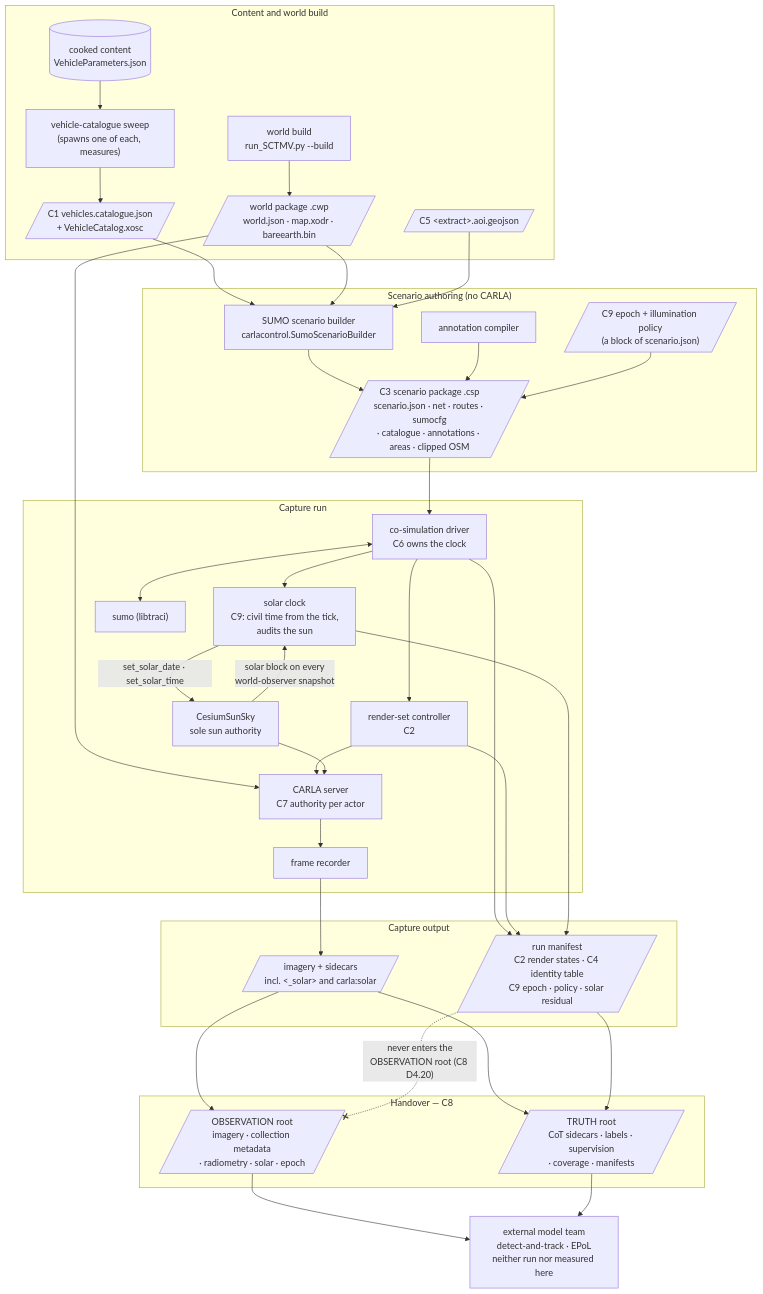
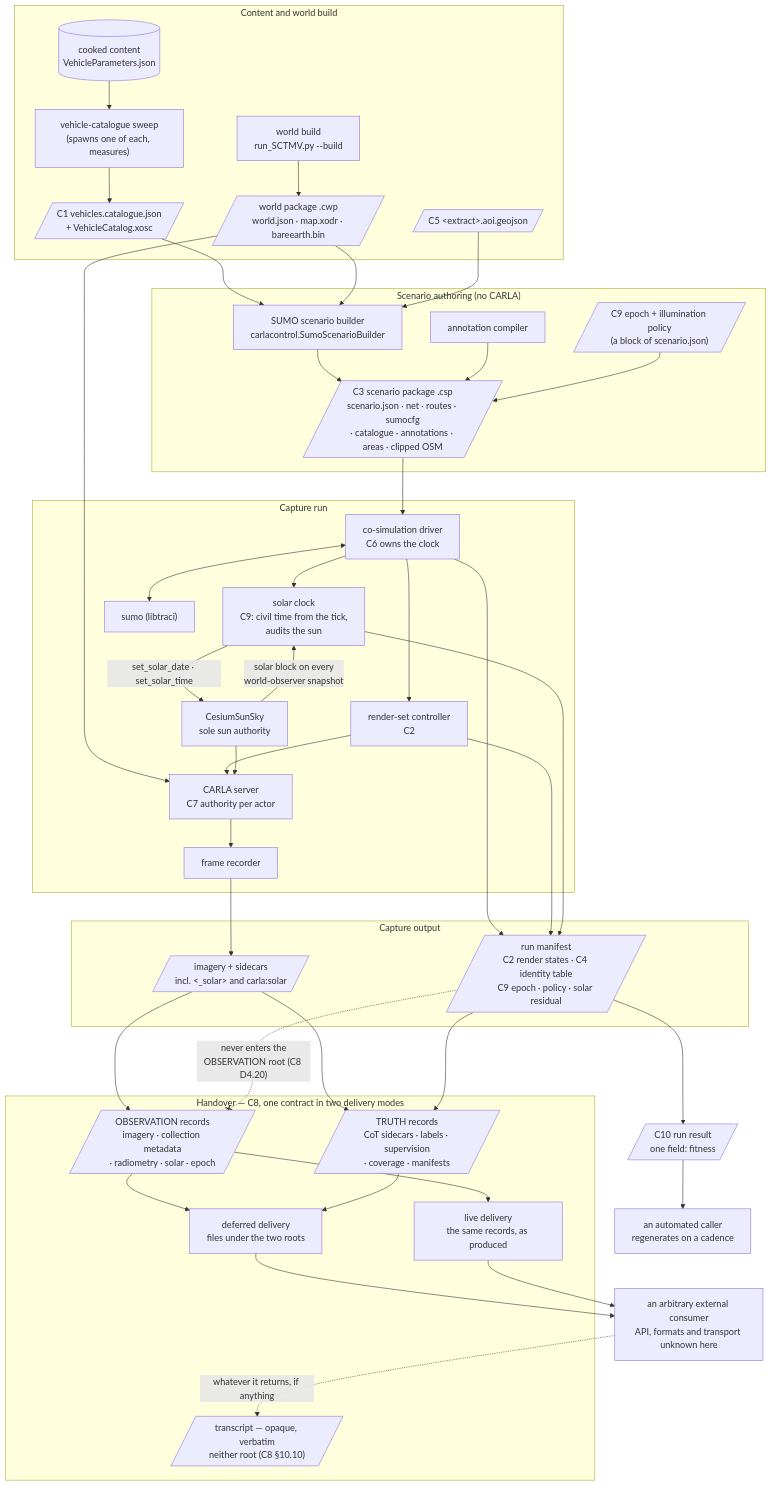
Before and after one commit to sbrett9/carla: the first of 7 diagrams in Docs/CAT_Research/Plans/SUMO_Behavioral_Capture/04_Contracts.md, drawn with Mermaid. The commit also changed other lines of this file and 5 other files, not shown here.

````diff
--- a/Docs/CAT_Research/Plans/SUMO_Behavioral_Capture/04_Contracts.md
+++ b/Docs/CAT_Research/Plans/SUMO_Behavioral_Capture/04_Contracts.md
@@ -138,68 +169,79 @@
 ```mermaid
 flowchart TB
   subgraph build["Content and world build"]
     CONTENT[("cooked content<br/>VehicleParameters.json")]
     SWEEP["vehicle-catalogue sweep<br/>(spawns one of each, measures)"]
     CAT[/"C1 vehicles.catalogue.json<br/>+ VehicleCatalog.xosc"/]
     WORLDGEN["world build<br/>run_SCTMV.py --build"]
     CWP[/"world package .cwp<br/>world.json · map.xodr · bareearth.bin"/]
     AOI[/"C5 &lt;extract&gt;.aoi.geojson"/]
   end
 
   subgraph author["Scenario authoring (no CARLA)"]
     BUILDER["SUMO scenario builder<br/>carlacontrol.SumoScenarioBuilder"]
     ANNOT["annotation compiler"]
     EPOCH[/"C9 epoch + illumination policy<br/>(a block of scenario.json)"/]
     CSP[/"C3 scenario package .csp<br/>scenario.json · net · routes · sumocfg<br/>· catalogue · annotations · areas · clipped OSM"/]
   end
 
   subgraph run["Capture run"]
     DRIVER["co-simulation driver<br/>C6 owns the clock"]
     CLOCK["solar clock<br/>C9: civil time from the tick,<br/>audits the sun"]
     SUMO["sumo (libtraci)"]
     RSC["render-set controller<br/>C2"]
     SERVER["CARLA server<br/>C7 authority per actor"]
     SUN["CesiumSunSky<br/>sole sun authority"]
     REC["frame recorder"]
   end
 
   subgraph out["Capture output"]
     IMG[/"imagery + sidecars<br/>incl. &lt;_solar&gt; and carla:solar"/]
     MAN[/"run manifest<br/>C2 render states · C4 identity table<br/>C9 epoch · policy · solar residual"/]
   end
 
-  subgraph handover["Handover — C8"]
-    OBSR[/"OBSERVATION root<br/>imagery · collection metadata<br/>· radiometry · solar · epoch"/]
-    TRUR[/"TRUTH root<br/>CoT sidecars · labels · supervision<br/>· coverage · manifests"/]
+  subgraph handover["Handover — C8, one contract in two delivery modes"]
+    OBSR[/"OBSERVATION records<br/>imagery · collection metadata<br/>· radiometry · solar · epoch"/]
+    TRUR[/"TRUTH records<br/>CoT sidecars · labels · supervision<br/>· coverage · manifests"/]
+    DEFD["deferred delivery<br/>files under the two roots"]
+    LIVED["live delivery<br/>the same records, as produced"]
+    TRX[/"transcript — opaque, verbatim<br/>neither root (C8 §10.10)"/]
   end
-  EXT["external model team<br/>detect-and-track · EPoL<br/>neither run nor measured here"]
+  RES[/"C10 run result<br/>one field: fitness"/]
+  EXT["an arbitrary external consumer<br/>API, formats and transport unknown here"]
+  AUTO["an automated caller<br/>regenerates on a cadence"]
 
   CONTENT --> SWEEP --> CAT
   WORLDGEN --> CWP
   CAT --> BUILDER
   CWP --> BUILDER
   AOI --> BUILDER
   BUILDER --> CSP
   ANNOT --> CSP
   EPOCH --> CSP
   CSP --> DRIVER
   CWP --> SERVER
   DRIVER <--> SUMO
   DRIVER --> RSC
   DRIVER --> CLOCK
   CLOCK -->|"set_solar_date · set_solar_time"| SUN
   SUN -->|"solar block on every<br/>world-observer snapshot"| CLOCK
   RSC --> SERVER
   SUN --> SERVER
   SERVER --> REC
   REC --> IMG
   DRIVER --> MAN
   RSC --> MAN
   CLOCK --> MAN
   IMG --> OBSR
   IMG --> TRUR
   MAN --> TRUR
-  OBSR --> EXT
-  TRUR --> EXT
+  OBSR --> DEFD
+  TRUR --> DEFD
+  OBSR --> LIVED
+  DEFD --> EXT
+  LIVED --> EXT
+  EXT -. "whatever it returns, if anything" .-> TRX
+  MAN --> RES
+  RES --> AUTO
   MAN -. "never enters the<br/>OBSERVATION root (C8 D4.20)" .-x OBSR
 ```
````
